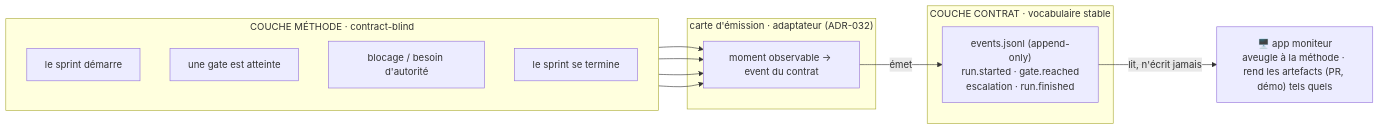
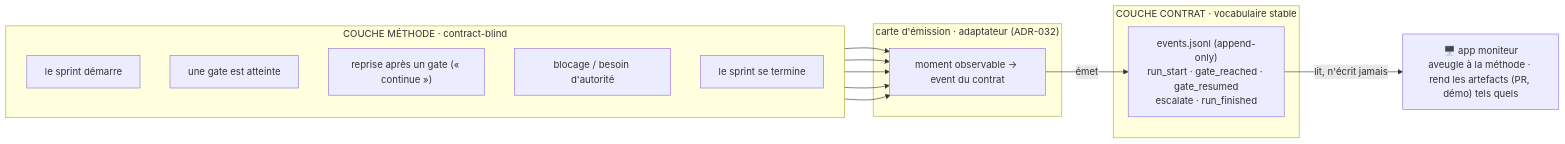
One commit to elzinko/vectorz changed the second of 2 diagrams in products/mega-city/docs/method-map.md. Above: the diagram before and after it, drawn with Mermaid. The commit also changed other lines of this file, not shown here.

First line of the commit message:
docs(method): couche 2 — ajout gate_resumed + kit émetteur EXISTE (retour Codex #22)

````diff
--- a/products/mega-city/docs/method-map.md
+++ b/products/mega-city/docs/method-map.md
@@ -52,24 +52,26 @@
 ```mermaid
 flowchart LR
     subgraph MET["COUCHE MÉTHODE · contract-blind"]
         direction TB
         E1["le sprint démarre"]
         E2["une gate est atteinte"]
-        E3["blocage / besoin d'autorité"]
-        E4["le sprint se termine"]
+        E3["reprise après un gate (« continue »)"]
+        E4["blocage / besoin d'autorité"]
+        E5["le sprint se termine"]
     end
     subgraph MAP["carte d'émission · adaptateur (ADR-032)"]
         M["moment observable → event du contrat"]
     end
     subgraph CON["COUCHE CONTRAT · vocabulaire stable"]
-        J["events.jsonl (append-only)<br/>run.started · gate.reached<br/>escalation · run.finished"]
+        J["events.jsonl (append-only)<br/>run_start · gate_reached · gate_resumed<br/>escalate · run_finished"]
     end
     MON["🖥️ app moniteur<br/>aveugle à la méthode · rend les artefacts (PR, démo) tels quels"]
 
     E1 --> M
     E2 --> M
     E3 --> M
     E4 --> M
+    E5 --> M
     M -->|émet| J
     J -->|lit, n'écrit jamais| MON
 ```
````
